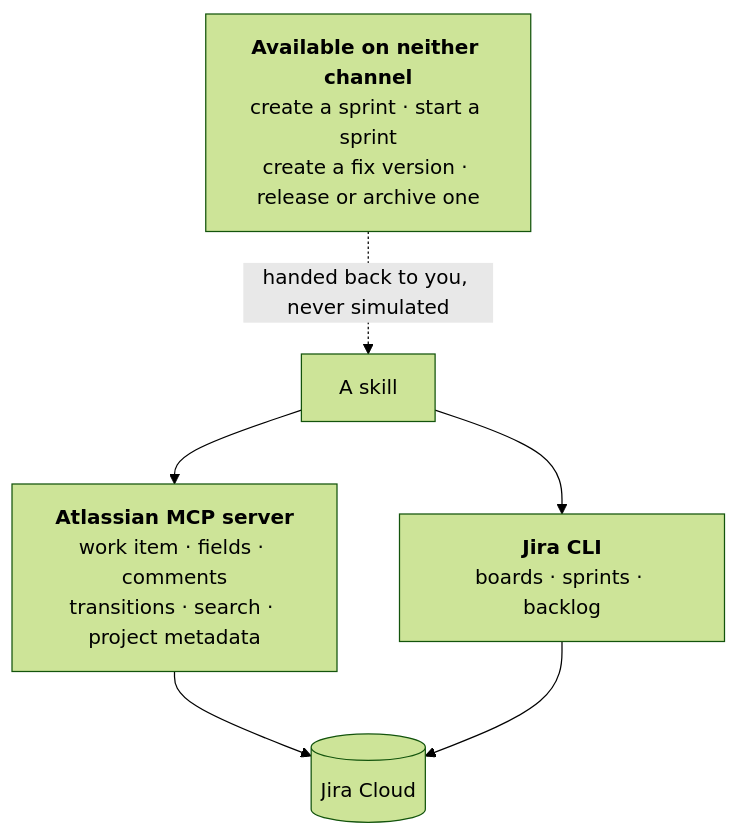
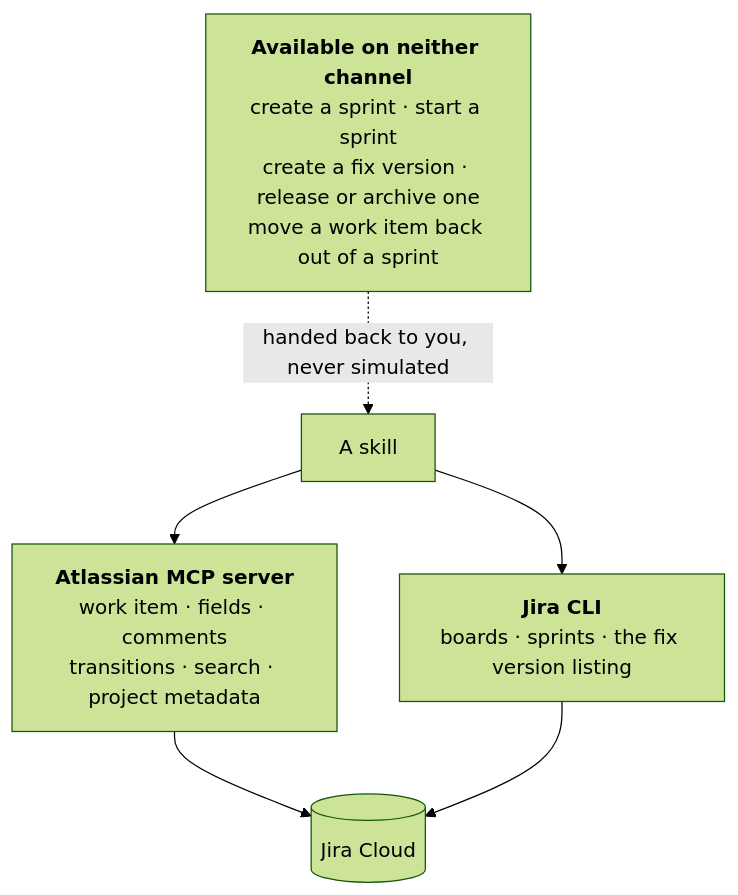
The fourth of 4 diagrams in docs/development-process.md (codeskine/jira-skills), drawn with Mermaid (forest theme) before and after one commit. The commit also changed other lines of this file and 25 other files, not shown here.

````diff
--- a/docs/development-process.md
+++ b/docs/development-process.md
@@ -162,10 +193,10 @@
 ```mermaid
 flowchart TB
     S["A skill"] --> M["<b>Atlassian MCP server</b><br/>work item · fields · comments<br/>transitions · search · project metadata"]
-    S --> C["<b>Jira CLI</b><br/>boards · sprints · backlog"]
+    S --> C["<b>Jira CLI</b><br/>boards · sprints · the fix version listing"]
     M --> J[("Jira Cloud")]
     C --> J
 
-    G["<b>Available on neither channel</b><br/>create a sprint · start a sprint<br/>create a fix version · release or archive one"]
+    G["<b>Available on neither channel</b><br/>create a sprint · start a sprint<br/>create a fix version · release or archive one<br/>move a work item back out of a sprint"]
     G -. "handed back to you, never simulated" .-> S
 ```
````
